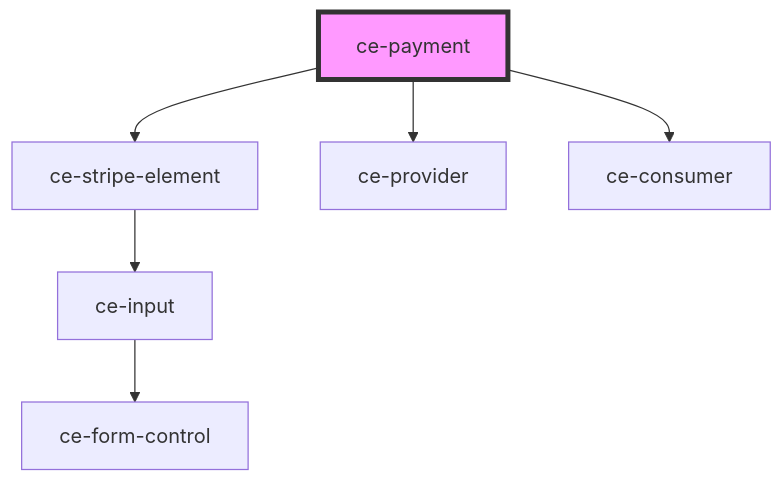
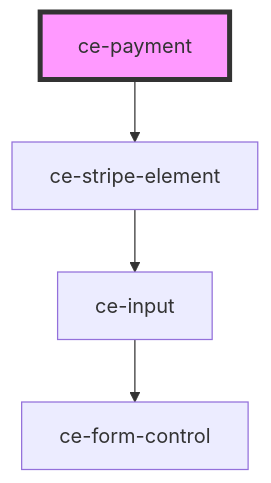
The diagram in packages/components/docs/components/controllers/payment/readme.md (surecart/surecart-wp-plugin), drawn with Mermaid before and after one commit. The commit also changed other lines of this file and 9 other files, not shown here.

````diff
--- a/packages/components/docs/components/controllers/payment/readme.md
+++ b/packages/components/docs/components/controllers/payment/readme.md
@@ -17,9 +23,7 @@
 ```mermaid
 graph TD;
   ce-payment --> ce-stripe-element
-  ce-payment --> ce-provider
-  ce-payment --> ce-consumer
   ce-stripe-element --> ce-input
   ce-input --> ce-form-control
   style ce-payment fill:#f9f,stroke:#333,stroke-width:4px
 ```
````
